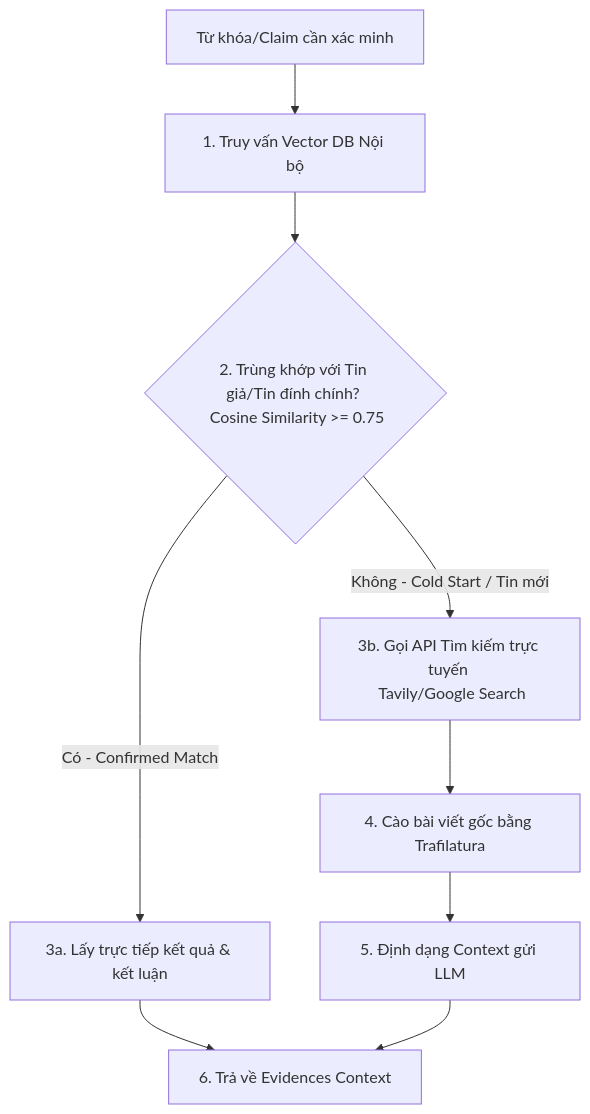
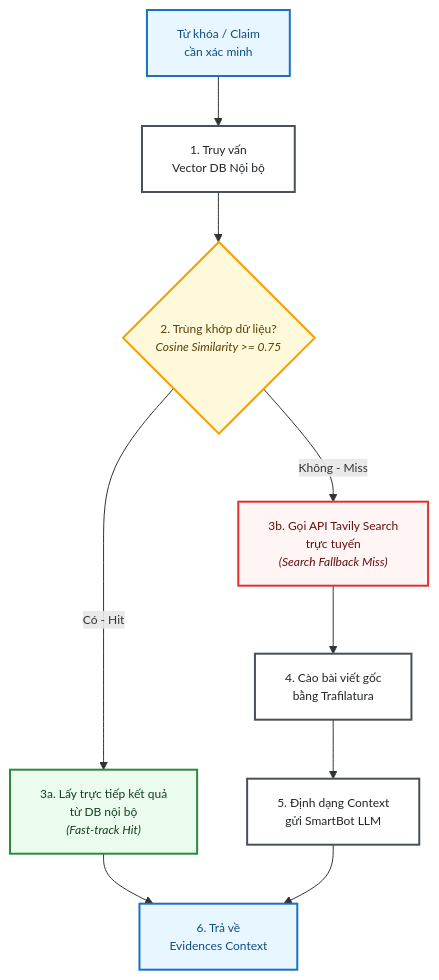
Before and after one commit to KidCute1412/VietnameseHackAIthon2026-SocialMedia: the second of 2 diagrams in docs/architectures/SystemArchitecture.md, drawn with Mermaid. The commit also changed other lines of this file and 5 other files, not shown here.

Commit message:
Feat(docs): Clear architecture

````diff
--- a/docs/architectures/SystemArchitecture.md
+++ b/docs/architectures/SystemArchitecture.md
@@ -79,11 +146,34 @@
         ```mermaid
-        graph TD
-            Query[Từ khóa/Claim cần xác minh] --> LocalSearch[1. Truy vấn Vector DB Nội bộ]
-            LocalSearch --> CheckThreshold{2. Trùng khớp với Tin giả/Tin đính chính? <br> Cosine Similarity >= 0.75}
-            CheckThreshold -->|Có - Confirmed Match| FastTrack[3a. Lấy trực tiếp kết quả & kết luận]
-            CheckThreshold -->|Không - Cold Start / Tin mới| WebSearch[3b. Gọi API Tìm kiếm trực tuyến <br> Tavily/Google Search]
-            WebSearch --> Scraper[4. Cào bài viết gốc bằng Trafilatura]
-            Scraper --> FormatContext[5. Định dạng Context gửi LLM]
-            FastTrack --> Return[6. Trả về Evidences Context]
+        %%{init: {"flowchart": {"htmlLabels": true, "useMaxWidth": false}, "themeVariables": {"fontSize": "12px", "fontFamily": "Inter"}} }%%
+        flowchart TD
+            %% Style definitions
+            classDef startEnd fill:#e8f7ff,stroke:#1971c2,stroke-width:2px,color:#0f4c81;
+            classDef process fill:#ffffff,stroke:#495057,stroke-width:2px,color:#212529;
+            classDef decision fill:#fff9db,stroke:#f59f00,stroke-width:2px,color:#5c3e00;
+            classDef hit fill:#ebfbee,stroke:#2b8a3e,stroke-width:2px,color:#14401f;
+            classDef miss fill:#fff5f5,stroke:#e03131,stroke-width:2px,color:#660e0e;
+
+            Query["Từ khóa / Claim<br>cần xác minh"]:::startEnd
+            LocalSearch["1. Truy vấn<br>Vector DB Nội bộ"]:::process
+            CheckThreshold{"2. Trùng khớp dữ liệu?<br><i>Cosine Similarity >= 0.75</i>"}:::decision
+            
+            FastTrack["3a. Lấy trực tiếp kết quả<br>từ DB nội bộ<br><i>(Fast-track Hit)</i>"]:::hit
+            WebSearch["3b. Gọi API Tavily Search<br>trực tuyến<br><i>(Search Fallback Miss)</i>"]:::miss
+            
+            Scraper["4. Cào bài viết gốc<br>bằng Trafilatura"]:::process
+            FormatContext["5. Định dạng Context<br>gửi SmartBot LLM"]:::process
+            Return["6. Trả về<br>Evidences Context"]:::startEnd
+
+            %% Flow connections
+            Query --> LocalSearch
+            LocalSearch --> CheckThreshold
+            
+            CheckThreshold -->|Có - Hit| FastTrack
+            CheckThreshold -->|Không - Miss| WebSearch
+            
+            WebSearch --> Scraper
+            Scraper --> FormatContext
+            
+            FastTrack --> Return
             FormatContext --> Return
         ```
````
